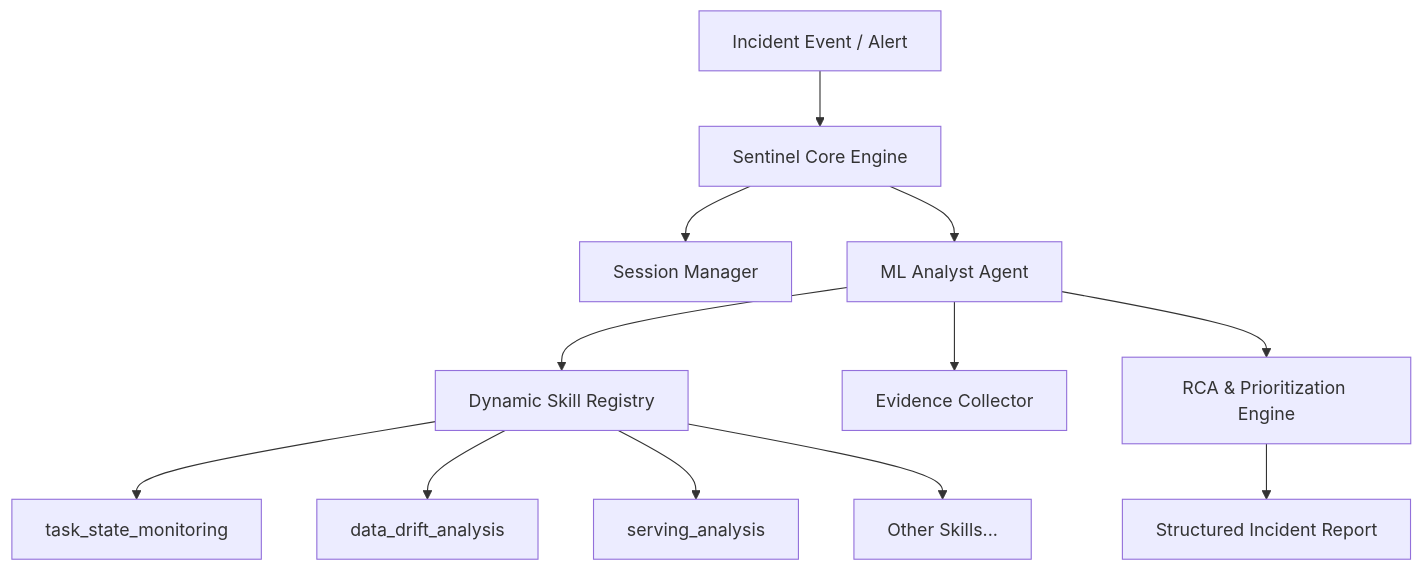
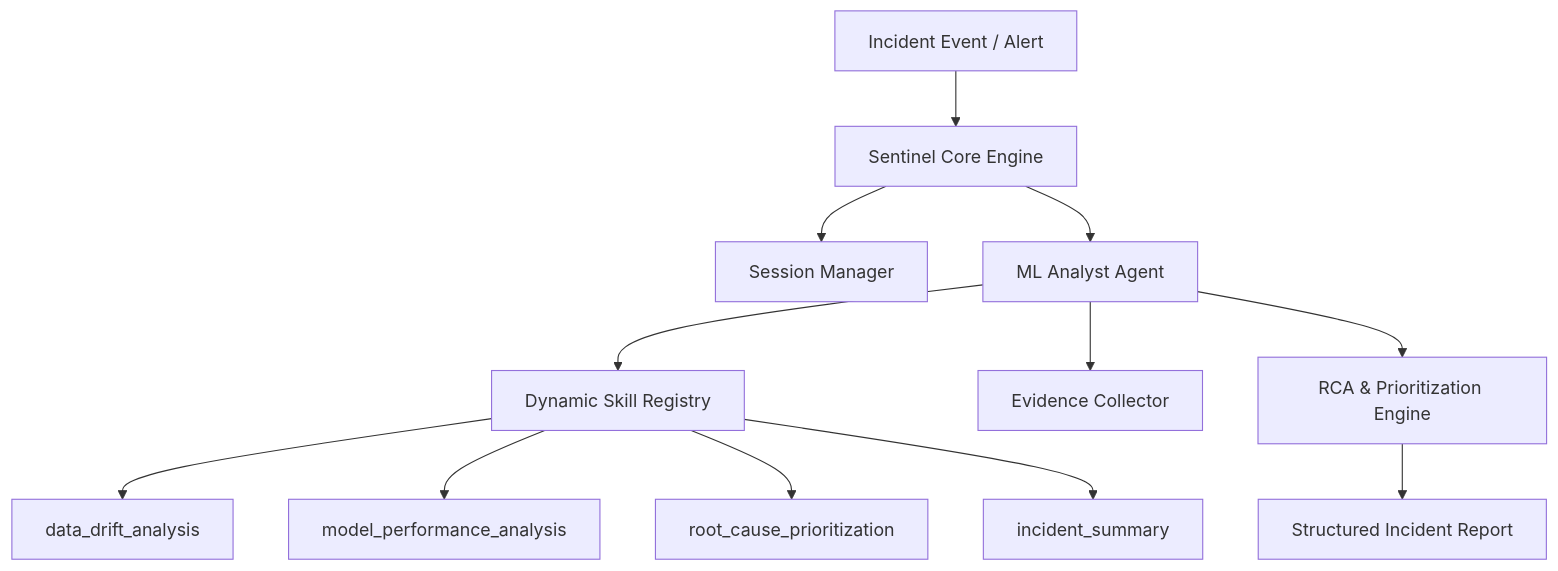
The first of 2 diagrams in docs/specifications/SYSTEM_SPEC.md (Anas-Khatiri/ai-analyst-agent), drawn with Mermaid before and after one commit. The commit also changed other lines of this file and 23 other files, not shown here.

````diff
--- a/docs/specifications/SYSTEM_SPEC.md
+++ b/docs/specifications/SYSTEM_SPEC.md
@@ -56,14 +56,14 @@
 ```mermaid
 graph TD
     Trigger[Incident Event / Alert] --> Engine[Sentinel Core Engine]
     Engine --> Session[Session Manager]
     Engine --> Agent[ML Analyst Agent]
     Agent --> Registry[Dynamic Skill Registry]
-    Registry --> S1[task_state_monitoring]
-    Registry --> S2[data_drift_analysis]
-    Registry --> S3[serving_analysis]
-    Registry --> SN[Other Skills...]
+    Registry --> S1[data_drift_analysis]
+    Registry --> S2[model_performance_analysis]
+    Registry --> S3[root_cause_prioritization]
+    Registry --> S4[incident_summary]
     Agent --> Evidence[Evidence Collector]
     Agent --> RCA[RCA & Prioritization Engine]
     RCA --> Report[Structured Incident Report]
 ```
````
